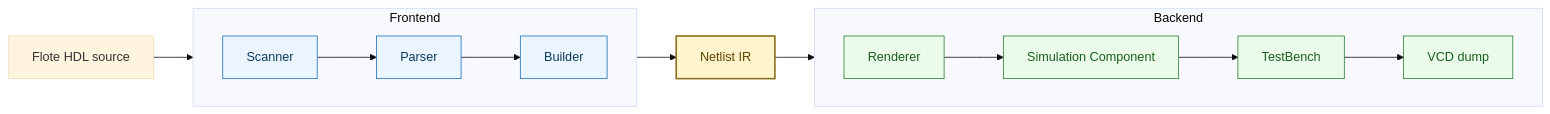
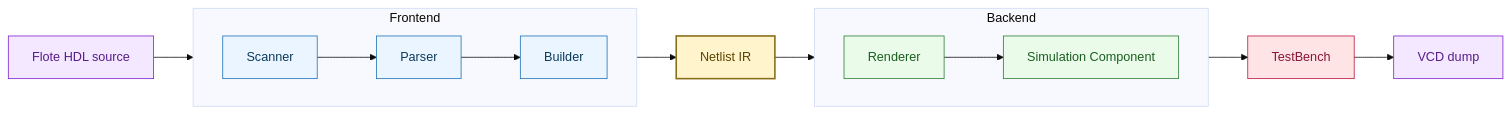
The diagram in README.md (icarogabryel/flote), drawn with Mermaid (base theme) before and after one commit.

Commit message:
docs: update flowchart in README to improve clarity

````diff
--- a/README.md
+++ b/README.md
@@ -74,30 +74,34 @@
 ```mermaid
 flowchart LR
   A[Flote HDL source]
 
   subgraph FE[Frontend]
     direction LR
     B[Scanner] --> C[Parser]
     C --> D[Builder]
   end
 
   A --> B
   D --> E[Netlist IR]
 
   subgraph BE[Backend]
     direction LR
     F[Renderer] --> G[Simulation Component]
-    G --> H[TestBench]
-    H --> I[VCD dump]
   end
 
   E --> F
+  G --> H[TestBench]
+  H --> I[VCD dump]
 
   classDef frontend fill:#EAF5FF,stroke:#1D70B8,stroke-width:1px,color:#0B3A5B;
   classDef backend fill:#EAFBEA,stroke:#2E7D32,stroke-width:1px,color:#1B5E20;
   classDef bridge fill:#FFF4CC,stroke:#8A6D1A,stroke-width:2px,color:#5D4500;
+  classDef source fill:#F3E8FF,stroke:#7E22CE,stroke-width:1px,color:#581C87;
+  classDef testbench fill:#FFE4E6,stroke:#BE123C,stroke-width:1px,color:#881337;
 
+  class A,I source;
   class B,C,D frontend;
-  class F,G,H,I backend;
+  class F,G backend;
   class E bridge;
+  class H testbench;
 ```
````
